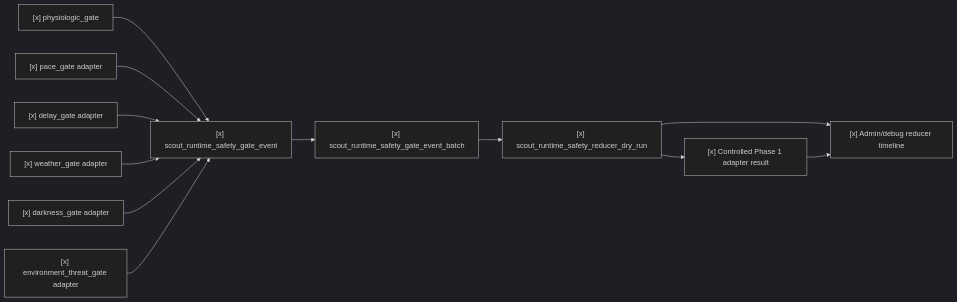
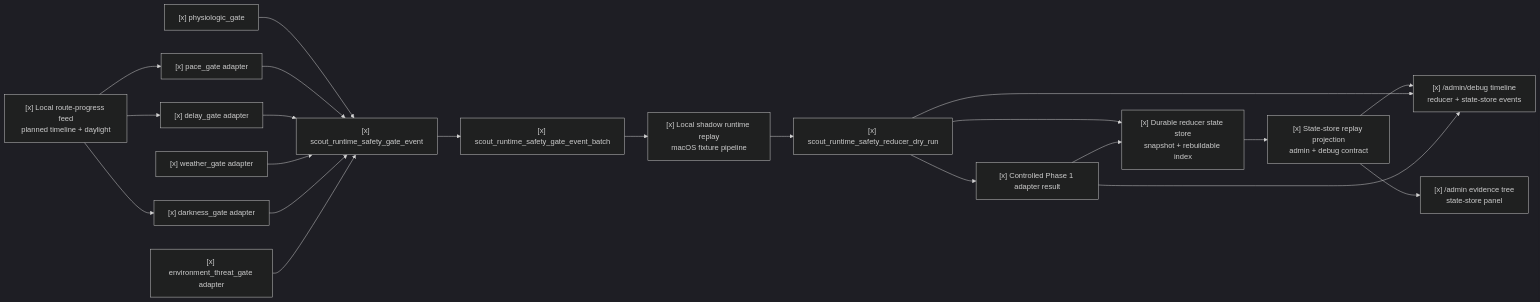
The diagram in docs/specs/scout-runtime-multi-gate-safety-reducer.md (alexwang0315/Scout), drawn with Mermaid (dark theme) before and after one commit. The commit also changed other lines of this file and 19 other files, not shown here.

Commit message:
feat: add runtime safety replay pipeline

````diff
--- a/docs/specs/scout-runtime-multi-gate-safety-reducer.md
+++ b/docs/specs/scout-runtime-multi-gate-safety-reducer.md
@@ -40,23 +44,36 @@
 ```mermaid
 flowchart LR
   Physio["[x] physiologic_gate"]
   Event["[x] scout_runtime_safety_gate_event"]
   Pace["[x] pace_gate adapter"]
   Delay["[x] delay_gate adapter"]
   Weather["[x] weather_gate adapter"]
   Darkness["[x] darkness_gate adapter"]
   Threat["[x] environment_threat_gate adapter"]
+  RouteFeed["[x] Local route-progress feed<br/>planned timeline + daylight"]
   Batch["[x] scout_runtime_safety_gate_event_batch"]
+  Shadow["[x] Local shadow runtime replay<br/>macOS fixture pipeline"]
   Reducer["[x] scout_runtime_safety_reducer_dry_run"]
-  UI["[x] Admin/debug reducer timeline"]
+  StateStore["[x] Durable reducer state store<br/>snapshot + rebuildable index"]
+  StoreProjection["[x] State-store replay projection<br/>admin + debug contract"]
+  DebugUI["[x] /admin/debug timeline<br/>reducer + state-store events"]
+  AdminUI["[x] /admin evidence tree<br/>state-store panel"]
   Phase1["[x] Controlled Phase 1 adapter result"]
 
   Physio --> Event
+  RouteFeed --> Pace
+  RouteFeed --> Delay
+  RouteFeed --> Darkness
   Pace --> Event
   Delay --> Event
   Weather --> Event
   Darkness --> Event
   Threat --> Event
-  Event --> Batch --> Reducer --> UI
-  Reducer --> Phase1 --> UI
+  Event --> Batch --> Shadow --> Reducer --> StateStore
+  StateStore --> StoreProjection
+  StoreProjection --> DebugUI
+  StoreProjection --> AdminUI
+  Reducer --> DebugUI
+  Reducer --> Phase1 --> StateStore
+  Phase1 --> DebugUI
 ```
````
